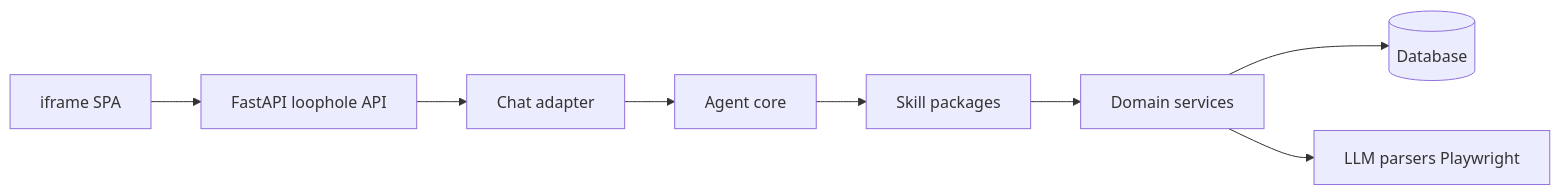
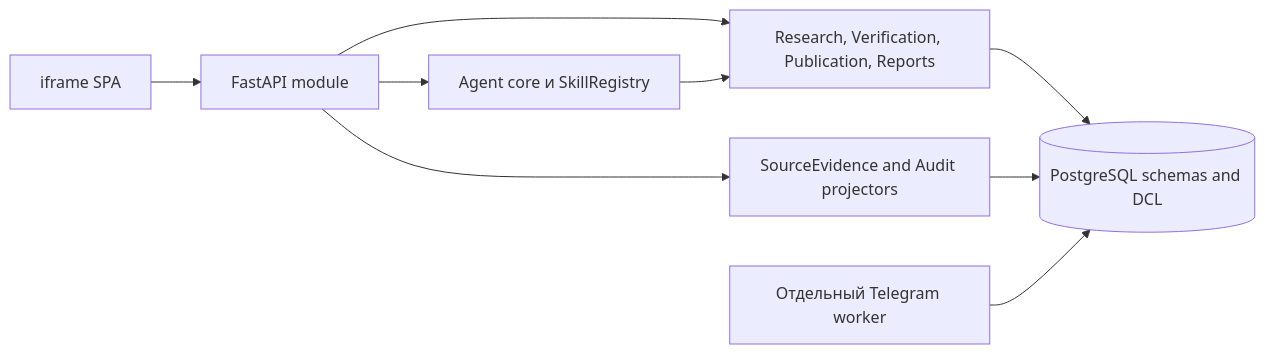
The second of 5 diagrams in docs/loophole/bmad/planning-artifacts/architecture/architecture-auditLens-2026-08-26/C4.md (SashaEee/auditLens), drawn with Mermaid before and after one commit. The commit also changed other lines of this file and 12 other files, not shown here.

````diff
--- a/docs/loophole/bmad/planning-artifacts/architecture/architecture-auditLens-2026-08-26/C4.md
+++ b/docs/loophole/bmad/planning-artifacts/architecture/architecture-auditLens-2026-08-26/C4.md
@@ -17,10 +24,18 @@
 ```mermaid
 flowchart LR
-  UI[iframe SPA] --> API[FastAPI loophole API]
-  API --> Chat[Chat adapter]
-  Chat --> Agent[Agent core]
-  Agent --> Skills[Skill packages]
-  Skills --> Services[Domain services]
-  Services --> DB[(Database)]
-  Services --> Providers[LLM parsers Playwright]
+  UI[iframe SPA]
+  API[FastAPI module]
+  Agent[Agent core и SkillRegistry]
+  Domain[Research, Verification, Publication, Reports]
+  Evidence[SourceEvidence and Audit projectors]
+  DB[(PostgreSQL schemas and DCL)]
+  Worker[Отдельный Telegram worker]
+  UI --> API
+  API --> Agent
+  API --> Domain
+  API --> Evidence
+  Agent --> Domain
+  Domain --> DB
+  Evidence --> DB
+  Worker --> DB
 ```
````
